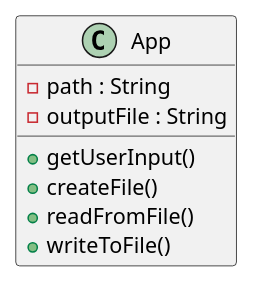
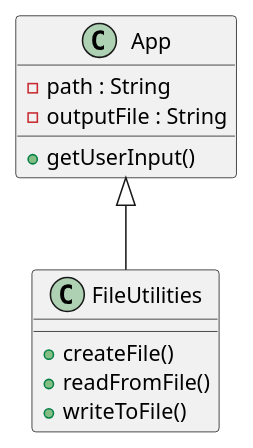
One commit to Joey-Crown/crown-cop3330-assignment3 changed the diagram in src/main/java/ex45/exercise45.puml. Above: the diagram before and after it, drawn with PlantUML.

Commit message:
Updated UML

```diff
--- a/src/main/java/ex45/exercise45.puml
+++ b/src/main/java/ex45/exercise45.puml
@@ -1,13 +1,19 @@
 @startuml
 'https://plantuml.com/sequence-diagram
 
 class App {
     - path : String
     - outputFile : String
 
     + getUserInput()
+}
+
+class FileUtilities {
+
     + createFile()
     + readFromFile()
     + writeToFile()
 }
+
+App <|-- FileUtilities
 @enduml
```
